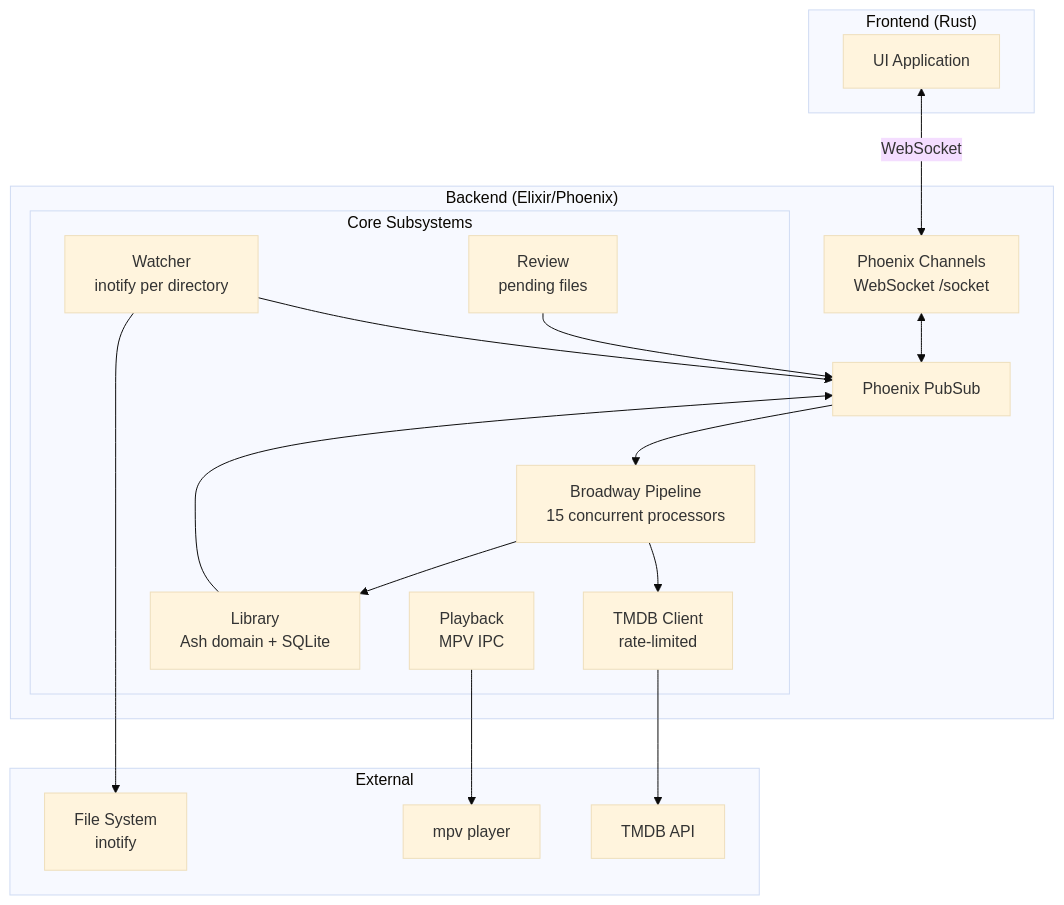
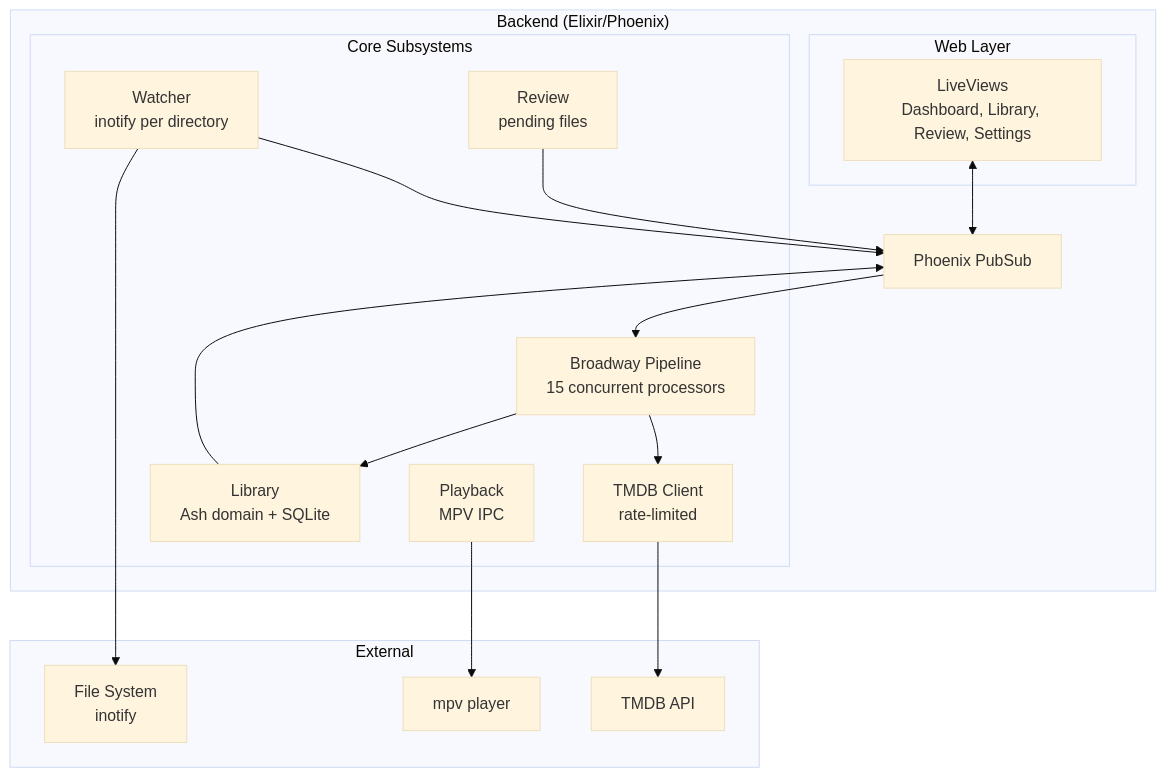
Before and after one commit to media-centaur/media-centaur: the first of 3 diagrams in docs/architecture.md, drawn with Mermaid (base theme). The commit also changed other lines of this file and 28 other files, not shown here.

Commit message:
refactor: Remove Phoenix Channels and deprecate Rust frontend

````diff
--- a/docs/architecture.md
+++ b/docs/architecture.md
@@ -17,39 +17,36 @@
 ```mermaid
 graph TB
-    subgraph Frontend["Frontend (Rust)"]
-        UI[UI Application]
-    end
-
     subgraph Backend["Backend (Elixir/Phoenix)"]
-        WS[Phoenix Channels<br/>WebSocket /socket]
+        subgraph Web["Web Layer"]
+            LiveViews[LiveViews<br/>Dashboard, Library, Review, Settings]
+        end
 
         subgraph Core["Core Subsystems"]
             Watcher[Watcher<br/>inotify per directory]
             Pipeline[Broadway Pipeline<br/>15 concurrent processors]
             TMDB[TMDB Client<br/>rate-limited]
             Library[Library<br/>Ash domain + SQLite]
             Playback[Playback<br/>MPV IPC]
             Review[Review<br/>pending files]
         end
 
         PubSub[Phoenix PubSub]
     end
 
     subgraph External
         TMDBAPI[TMDB API]
         FS[File System<br/>inotify]
         MPV[mpv player]
     end
 
-    UI <-->|WebSocket| WS
-    WS <--> PubSub
+    LiveViews <--> PubSub
     Watcher --> PubSub
     PubSub --> Pipeline
     Pipeline --> TMDB
     TMDB --> TMDBAPI
     Pipeline --> Library
     Watcher --> FS
     Playback --> MPV
     Library --> PubSub
     Review --> PubSub
 ```
````
